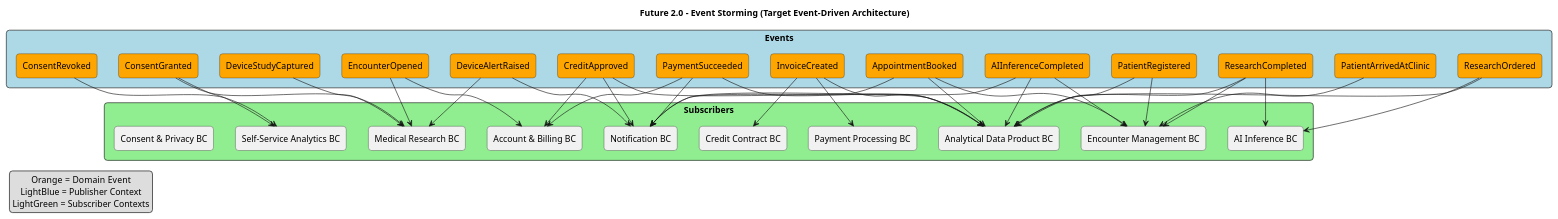
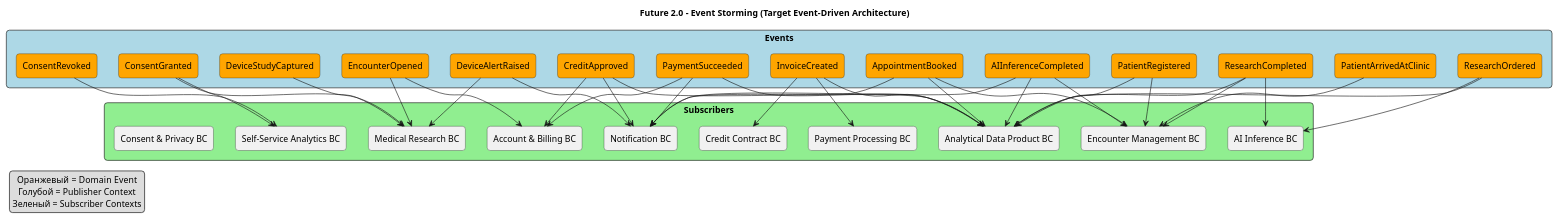
Before and after one commit to LobovVit/architecture-future_pro_2_0: the diagram in Task4Advanced/event-storming.puml, drawn with PlantUML. The commit also changed 10 other files, not shown here.

```diff
--- a/Task4Advanced/event-storming.puml
+++ b/Task4Advanced/event-storming.puml
@@ -2,92 +2,92 @@
 @startuml
 title Future 2.0 - Event Storming (Target Event-Driven Architecture)
 
 skinparam shadowing false
 skinparam roundcorner 10
 skinparam packageStyle rectangle
 skinparam defaultTextAlignment center
 
 legend left
-Orange  = Domain Event
-LightBlue = Publisher Context
-LightGreen = Subscriber Contexts
+Оранжевый  = Domain Event
+Голубой = Publisher Context
+Зеленый = Subscriber Contexts
 endlegend
 
 ' ===== EVENTS =====
 package "Events" #LightBlue {
   rectangle "PatientRegistered" as PatientRegistered #Orange
   rectangle "AppointmentBooked" as AppointmentBooked #Orange
   rectangle "PatientArrivedAtClinic" as PatientArrivedAtClinic #Orange
   rectangle "EncounterOpened" as EncounterOpened #Orange
   rectangle "ResearchOrdered" as ResearchOrdered #Orange
   rectangle "ResearchCompleted" as ResearchCompleted #Orange
   rectangle "AIInferenceCompleted" as AIInferenceCompleted #Orange
   rectangle "InvoiceCreated" as InvoiceCreated #Orange
   rectangle "CreditApproved" as CreditApproved #Orange
   rectangle "PaymentSucceeded" as PaymentSucceeded #Orange
   rectangle "DeviceStudyCaptured" as DeviceStudyCaptured #Orange
   rectangle "DeviceAlertRaised" as DeviceAlertRaised #Orange
   rectangle "ConsentGranted" as ConsentGranted #Orange
   rectangle "ConsentRevoked" as ConsentRevoked #Orange
 }
 
 ' ===== SUBSCRIBERS =====
 package "Subscribers" #LightGreen {
   rectangle "Encounter Management BC" as Encounter_BC
   rectangle "Medical Research BC" as Medical_BC
   rectangle "AI Inference BC" as AI_BC
   rectangle "Account & Billing BC" as Billing_BC
   rectangle "Credit Contract BC" as Credit_BC
   rectangle "Payment Processing BC" as Payment_BC
   rectangle "Notification BC" as Notification_BC
   rectangle "Analytical Data Product BC" as Analytics_BC
   rectangle "Self-Service Analytics BC" as SelfService_BC
   rectangle "Consent & Privacy BC" as Consent_BC
 }
 
 ' ===== RELATIONS =====
 PatientRegistered --> Encounter_BC
 PatientRegistered --> Analytics_BC
 
 AppointmentBooked --> Encounter_BC
 AppointmentBooked --> Notification_BC
 AppointmentBooked --> Analytics_BC
 
 PatientArrivedAtClinic --> Encounter_BC
 
 EncounterOpened --> Medical_BC
 EncounterOpened --> Billing_BC
 
 ResearchOrdered --> AI_BC
 ResearchOrdered --> Analytics_BC
 
 ResearchCompleted --> AI_BC
 ResearchCompleted --> Encounter_BC
 ResearchCompleted --> Analytics_BC
 
 AIInferenceCompleted --> Encounter_BC
 AIInferenceCompleted --> Notification_BC
 AIInferenceCompleted --> Analytics_BC
 
 InvoiceCreated --> Payment_BC
 InvoiceCreated --> Credit_BC
 InvoiceCreated --> Analytics_BC
 
 CreditApproved --> Billing_BC
 CreditApproved --> Notification_BC
 CreditApproved --> Analytics_BC
 
 PaymentSucceeded --> Billing_BC
 PaymentSucceeded --> Notification_BC
 PaymentSucceeded --> Analytics_BC
 
 DeviceStudyCaptured --> Medical_BC
 DeviceAlertRaised --> Notification_BC
 DeviceAlertRaised --> Medical_BC
 
 ConsentGranted --> SelfService_BC
 ConsentGranted --> Medical_BC
 
 ConsentRevoked --> SelfService_BC
 
 @enduml
```
